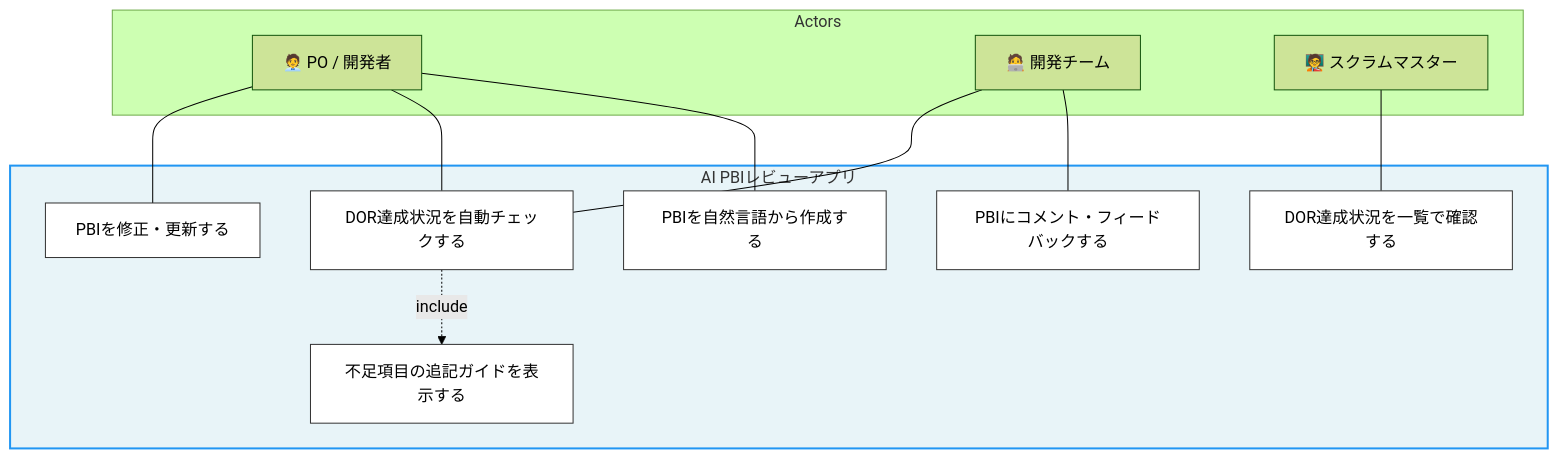
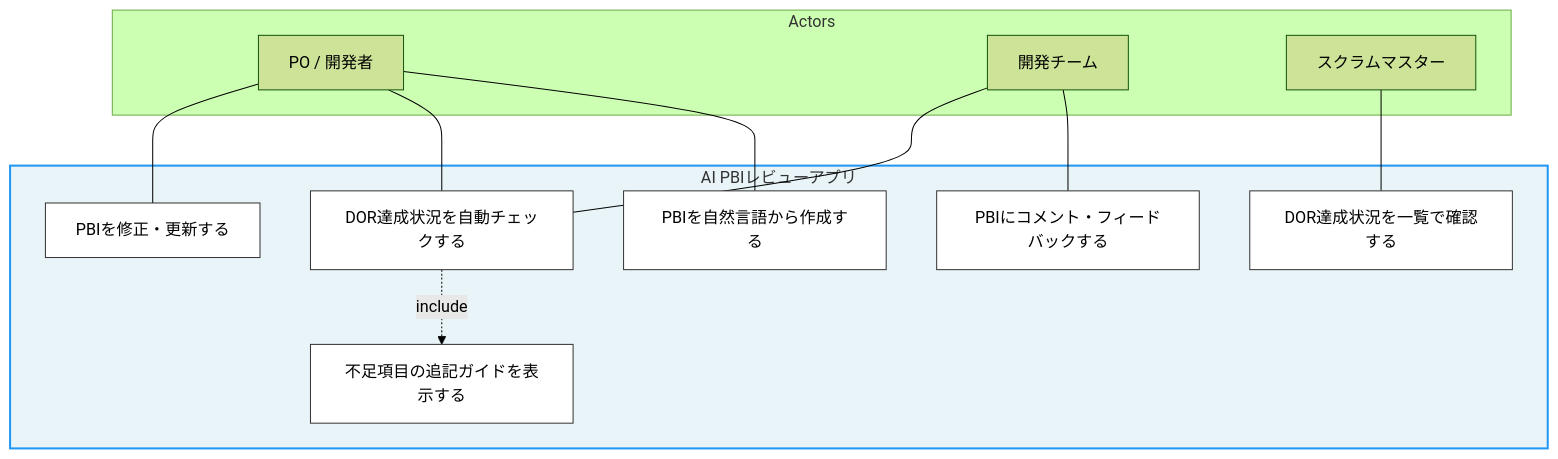
Before and after one commit to si-sa-a/app1: the second of 3 diagrams in docs/usecase-diagram.md, drawn with Mermaid (forest theme). The commit also changed other lines of this file, not shown here.

First line of the commit message:
fix: Mermaid構文をGitHub互換に修正

````diff
--- a/docs/usecase-diagram.md
+++ b/docs/usecase-diagram.md
@@ -39,36 +39,36 @@
 ```mermaid
 graph TB
     subgraph Actors
-        PO["🧑‍💼 PO / 開発者"]
-        DEV["🧑‍💻 開発チーム"]
-        SM["🧑‍🏫 スクラムマスター"]
+        PO["PO / 開発者"]
+        DEV["開発チーム"]
+        SM["スクラムマスター"]
     end
 
     subgraph System["AI PBIレビューアプリ"]
         UC1["PBIを自然言語から作成する"]
         UC2["DOR達成状況を自動チェックする"]
         UC3["不足項目の追記ガイドを表示する"]
         UC4["PBIにコメント・フィードバックする"]
         UC5["DOR達成状況を一覧で確認する"]
         UC6["PBIを修正・更新する"]
     end
 
     PO --- UC1
     PO --- UC2
     PO --- UC6
 
     UC2 -.->|include| UC3
 
     DEV --- UC4
     DEV --- UC2
 
     SM --- UC5
 
     style System fill:#e8f4f8,stroke:#2196F3,stroke-width:2px
     style UC1 fill:#fff,stroke:#333
     style UC2 fill:#fff,stroke:#333
     style UC3 fill:#fff,stroke:#333
     style UC4 fill:#fff,stroke:#333
     style UC5 fill:#fff,stroke:#333
     style UC6 fill:#fff,stroke:#333
 ```
````
